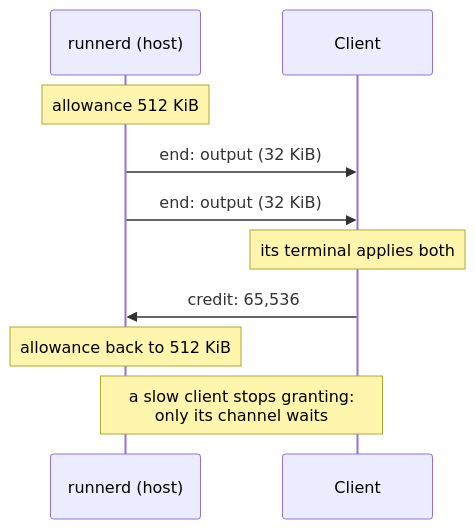
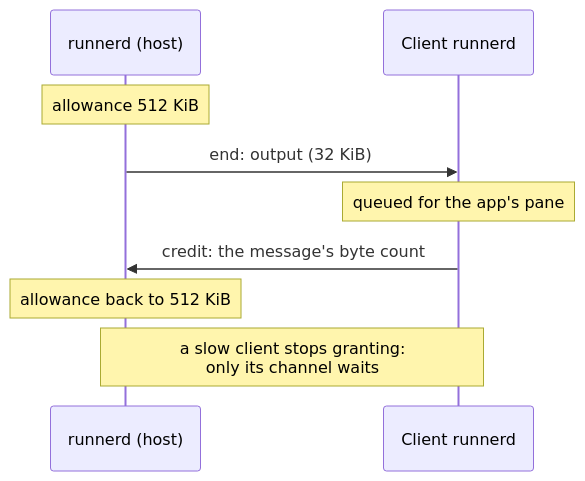
The fifth of 7 diagrams in docs/tech/remote-control.md (yicheng47/runner), drawn with Mermaid before and after one commit. The commit also changed other lines of this file and 1 other file, not shown here.

First line of the commit message:
docs(tech): bring the remote control note up to main and trace its latency

````diff
--- a/docs/tech/remote-control.md
+++ b/docs/tech/remote-control.md
@@ -143,12 +148,11 @@
 ```mermaid
 sequenceDiagram
     participant H as runnerd (host)
-    participant C as Client
+    participant C as Client runnerd
     Note over H: allowance 512 KiB
     H->>C: end: output (32 KiB)
-    H->>C: end: output (32 KiB)
-    Note over C: its terminal applies both
-    C->>H: credit: 65,536
+    Note over C: queued for the app's pane
+    C->>H: credit: the message's byte count
     Note over H: allowance back to 512 KiB
     Note over H,C: a slow client stops granting:<br/>only its channel waits
 ```
````
